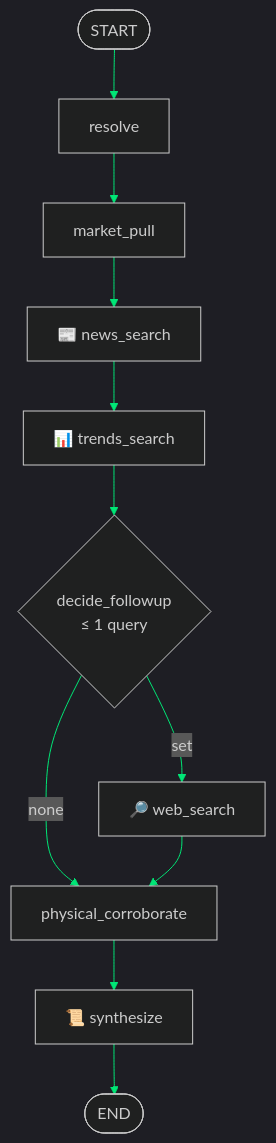
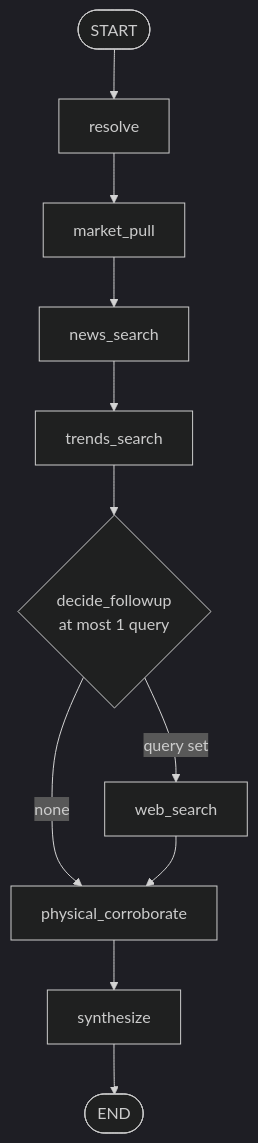
Before and after one commit to ankittwentyone/aaj: the third of 3 diagrams in README.md, drawn with Mermaid. The commit also changed other lines of this file and 137 other files, not shown here.

````diff
--- a/README.md
+++ b/README.md
@@ -137,14 +140,14 @@
 ```mermaid
-%%{init: {'theme': 'dark', 'themeVariables': {'primaryColor': '#00B0FF', 'lineColor': '#00E676'}}}%%
+%%{init: {'theme': 'dark'}}%%
 flowchart TD
     S([START]) --> R[resolve]
     R --> M[market_pull]
-    M --> N[📰 news_search]
-    N --> T[📊 trends_search]
-    T --> D{decide_followup<br/>≤ 1 query}
-    D -->|set| W[🔎 web_search]
+    M --> N[news_search]
+    N --> T[trends_search]
+    T --> D{decide_followup<br/>at most 1 query}
+    D -->|query set| W[web_search]
     D -->|none| P[physical_corroborate]
     W --> P
-    P --> Y[📜 synthesize]
+    P --> Y[synthesize]
     Y --> E([END])
 ```
````
